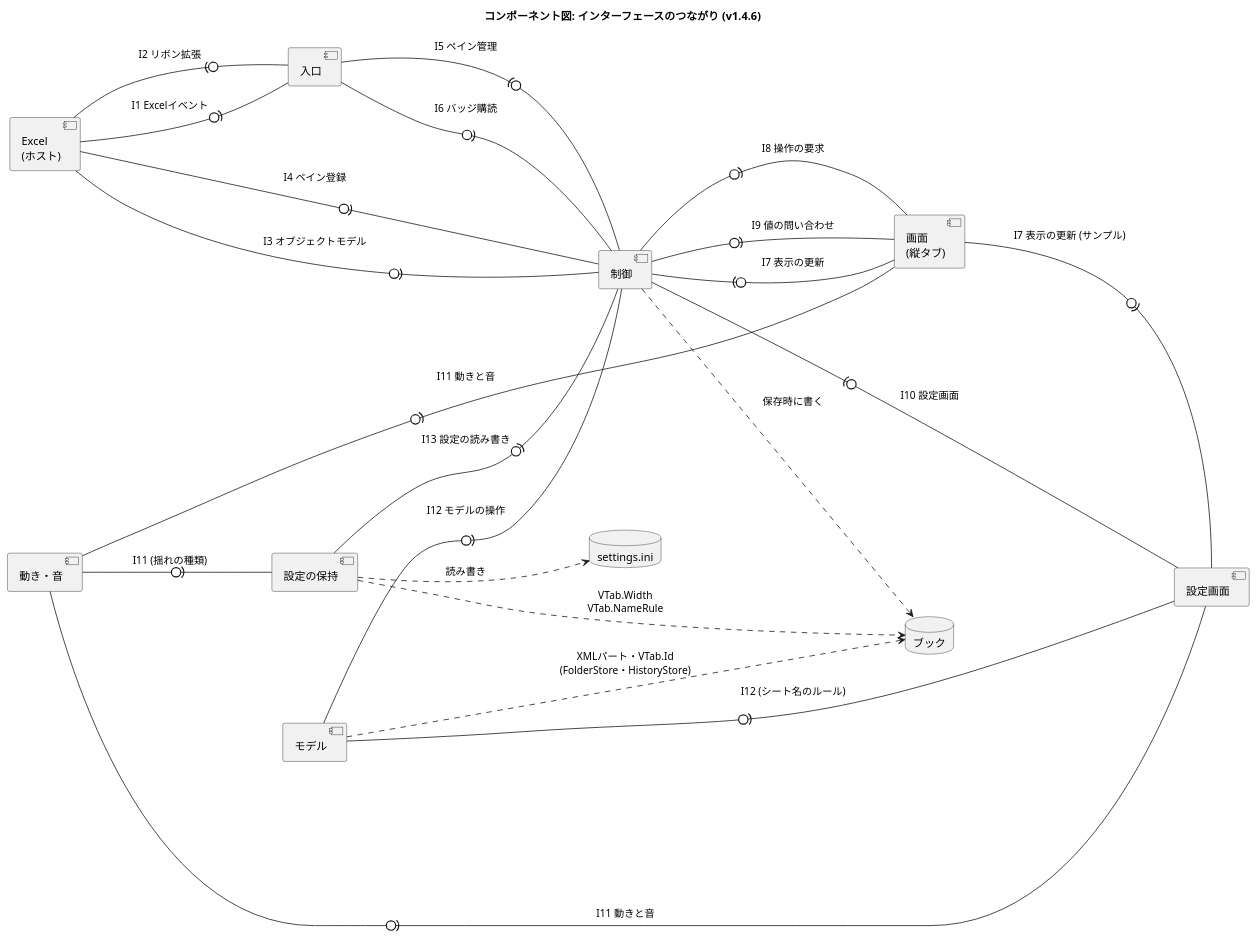
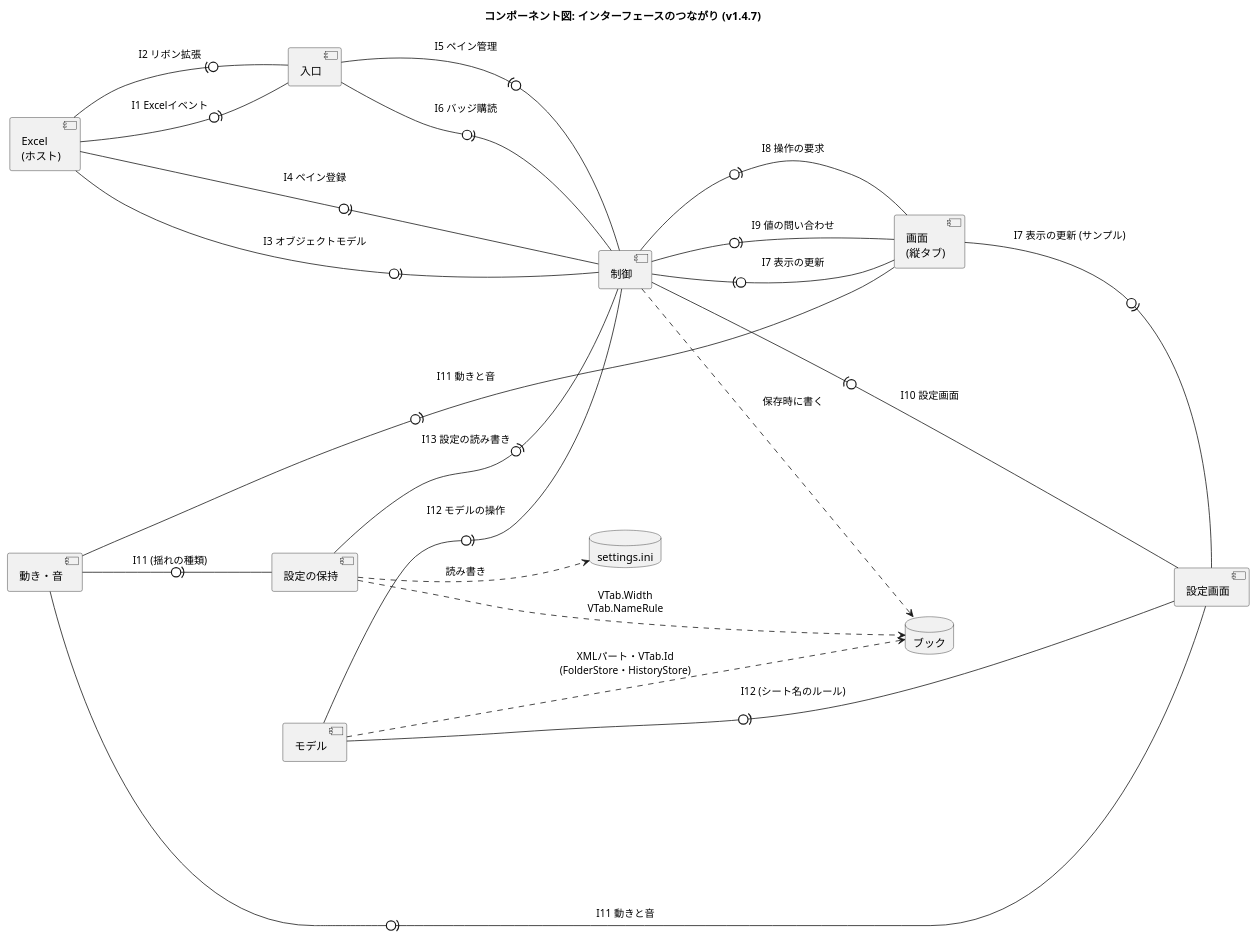
Before and after one commit to nk-taka623/VerticalSheetTabs: the diagram in docs/component-interface.puml, drawn with PlantUML. The commit also changed 14 other files, not shown here.

Commit message:
v1.4.7 にする (バージョン、README の変更点、設計図の版数)

```diff
--- a/docs/component-interface.puml
+++ b/docs/component-interface.puml
@@ -1,43 +1,43 @@
 @startuml
-title コンポーネント図: インターフェースのつながり (v1.4.6)
+title コンポーネント図: インターフェースのつながり (v1.4.7)
 left to right direction
 skinparam componentStyle uml2
 skinparam shadowing false
 skinparam nodesep 50
 skinparam ranksep 110
 
 component "Excel\n(ホスト)" as HOST
 component "入口" as ENTRY
 component "制御" as CTRL
 component "画面\n(縦タブ)" as VIEW
 component "設定画面" as SETTINGS
 component "動き・音" as FX
 component "モデル" as MODEL
 component "設定の保持" as CONFIG
 database "ブック" as BOOK
 database "settings.ini" as INI
 
 ' 「提供側 -0)- 利用側」: 丸が提供するインターフェース、受け口が利用 (I1 から I13 は、DEVELOPMENT.md の表)
 HOST -0)- ENTRY : I1 Excelイベント
 ENTRY -0)- HOST : I2 リボン拡張
 HOST -0)- CTRL : I3 オブジェクトモデル
 HOST -0)- CTRL : I4 ペイン登録
 CTRL -0)- ENTRY : I5 ペイン管理
 ENTRY -0)- CTRL : I6 バッジ購読
 VIEW -0)- CTRL : I7 表示の更新
 CTRL -0)- VIEW : I8 操作の要求
 CTRL -0)- VIEW : I9 値の問い合わせ
 SETTINGS -0)- CTRL : I10 設定画面
 VIEW -0)- SETTINGS : I7 表示の更新 (サンプル)
 FX -0)- VIEW : I11 動きと音
 FX -0)- SETTINGS : I11 動きと音
 FX -0)- CONFIG : I11 (揺れの種類)
 MODEL -0)- CTRL : I12 モデルの操作
 MODEL -0)- SETTINGS : I12 (シート名のルール)
 CONFIG -0)- CTRL : I13 設定の読み書き
 
 CTRL ..> BOOK : 保存時に書く
 MODEL ..> BOOK : XMLパート・VTab.Id\n(FolderStore・HistoryStore)
 CONFIG ..> BOOK : VTab.Width\nVTab.NameRule
 CONFIG ..> INI : 読み書き
 @enduml
```
